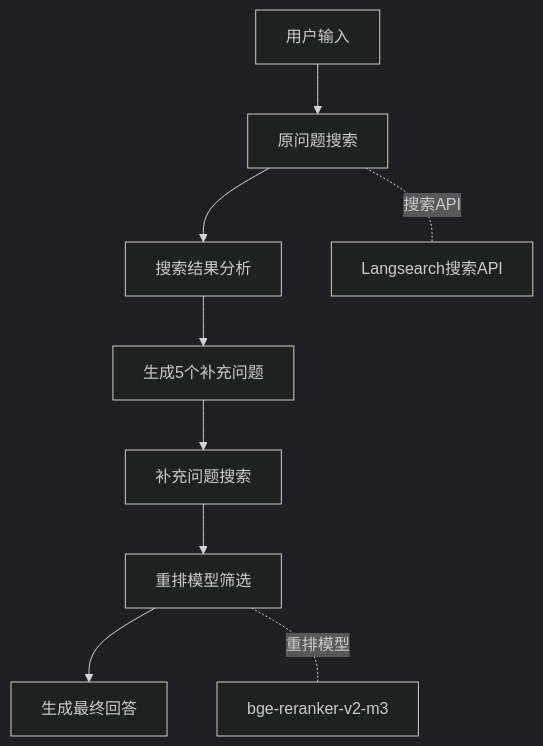
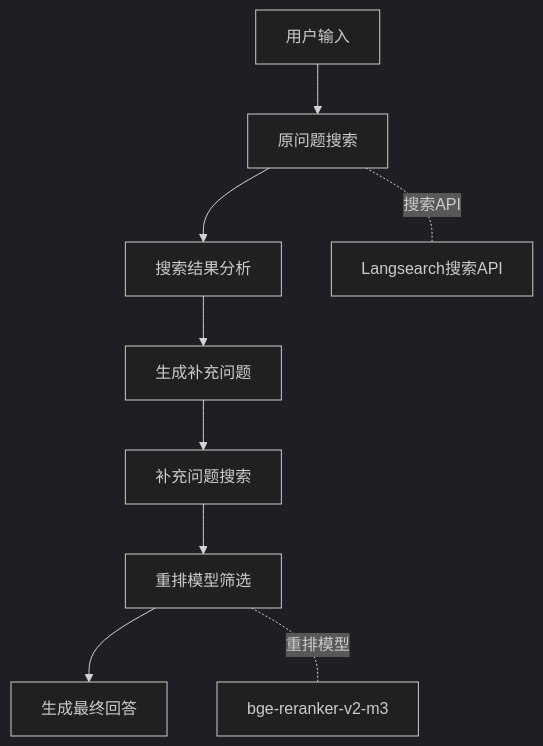
One commit to HONGHUTECHNOLOGY/Proton-AI changed the third of 3 diagrams in README.md. Above: the diagram before and after it, drawn with Mermaid (dark theme).

````diff
--- a/README.md
+++ b/README.md
@@ -135,19 +135,19 @@
 ```mermaid
 graph TD
     A[用户输入] --> B[原问题搜索]
     B --> C[搜索结果分析]
-    C --> D[生成5个补充问题]
+    C --> D[生成补充问题]
     D --> E[补充问题搜索]
     E --> F[重排模型筛选]
     F --> G[生成最终回答]
 
     %% 节点分类
     class A input
     class B,C,E,F process
     class D special
     class G output
 
     %% 技术标注
     B:::process -.- |搜索API| Langsearch搜索API
     F:::process -.- |重排模型| bge-reranker-v2-m3
 ```
````
